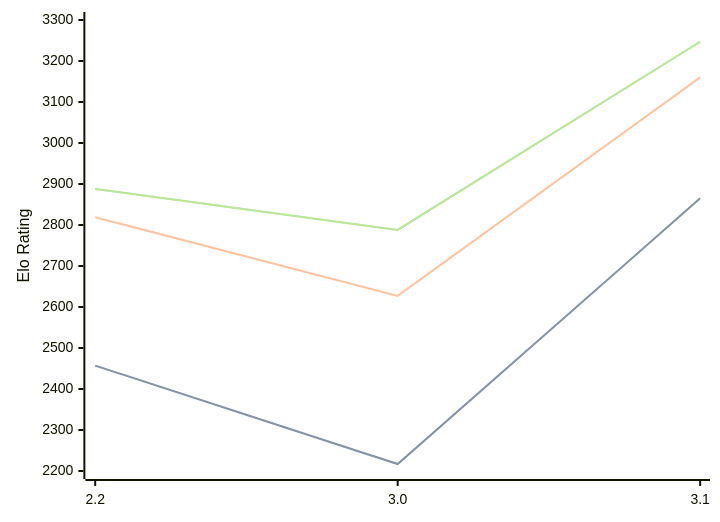
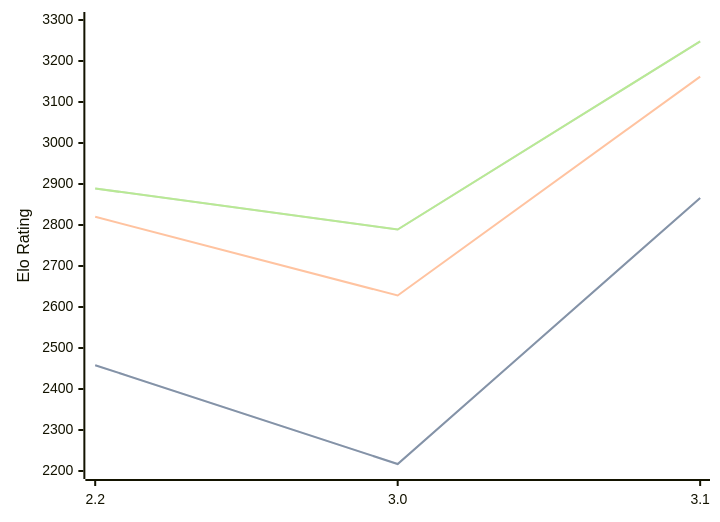
Before and after one commit to computer-chess-index/cci: the diagram in engines/Thrawn.md, drawn with Mermaid. The commit also changed other lines of this file, not shown here.

Commit message:
Update CCI Ratings (ELO VLTC) - 2026-07-23

````diff
--- a/engines/Thrawn.md
+++ b/engines/Thrawn.md
@@ -41,11 +41,11 @@
 ```mermaid
 %%{init: {"theme":"base","themeVariables":{"seriesColors:['#a3a3a3','#222221','#faa371']}}}%%
 xychart-beta
   x-axis ["2.2", "3.0", "3.1"]
   y-axis "Elo Rating" 2200 --> 3300
-  line "STC (8.0+0.08s)" [2457, 2217, 2865]
-  line "STC (8.0+0.08s)" [2457, 2217, 2865]
-  line "LTC (60.0+0.60s)" [2819, 2627, 3160]
-  line "VLTC (2m24s+1.12s)" [2888, 2788, 3247]
-  line "VLTC (2m24s+1.12s)" [2888, 2788, 3247]
+  line "STC (8.0+0.08s)" [2458, 2217, 2866]
+  line "STC (8.0+0.08s)" [2458, 2217, 2866]
+  line "LTC (60.0+0.60s)" [2820, 2628, 3162]
+  line "VLTC (2m24s+1.12s)" [2889, 2789, 3248]
+  line "VLTC (2m24s+1.12s)" [2889, 2789, 3248]
 ```
````
